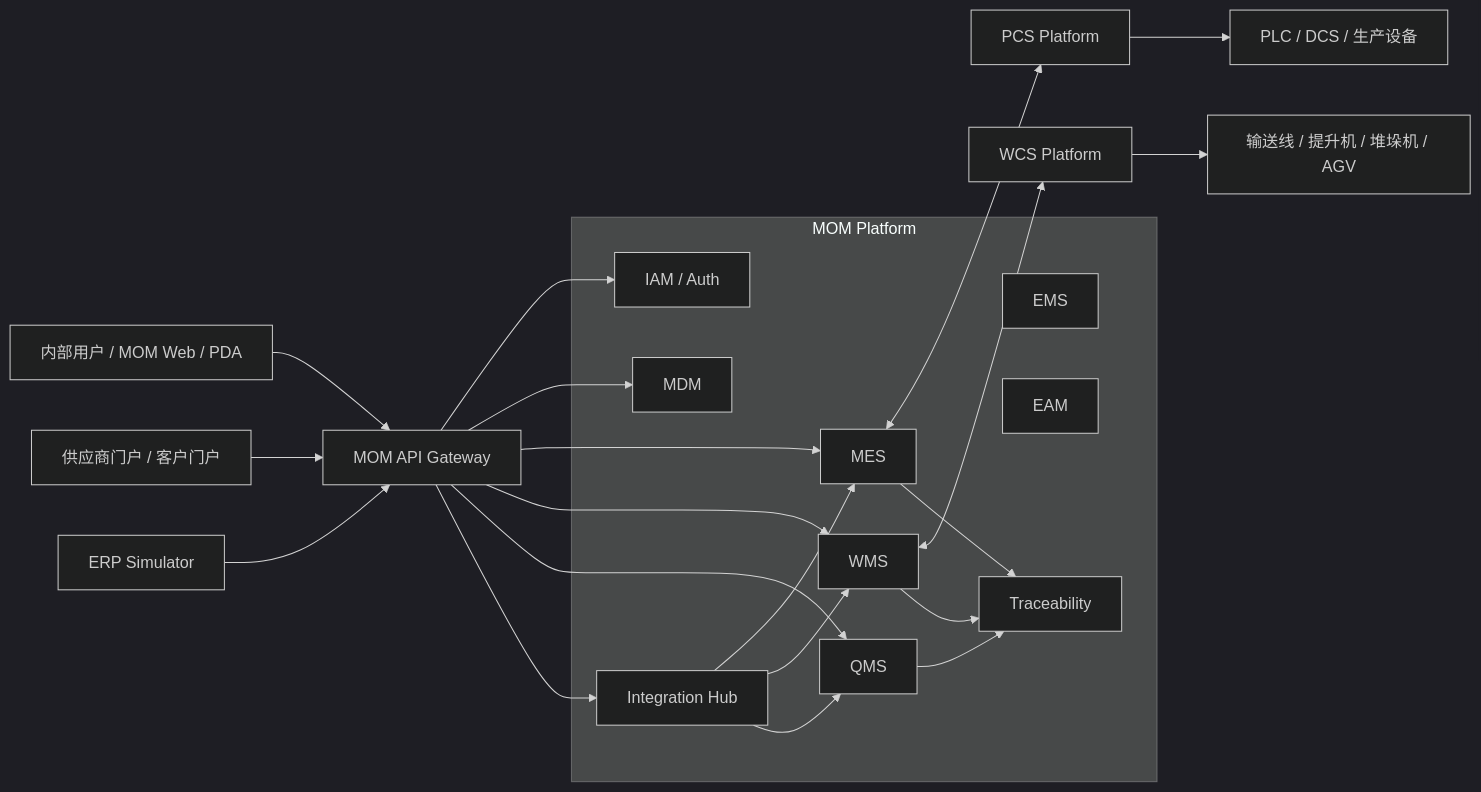
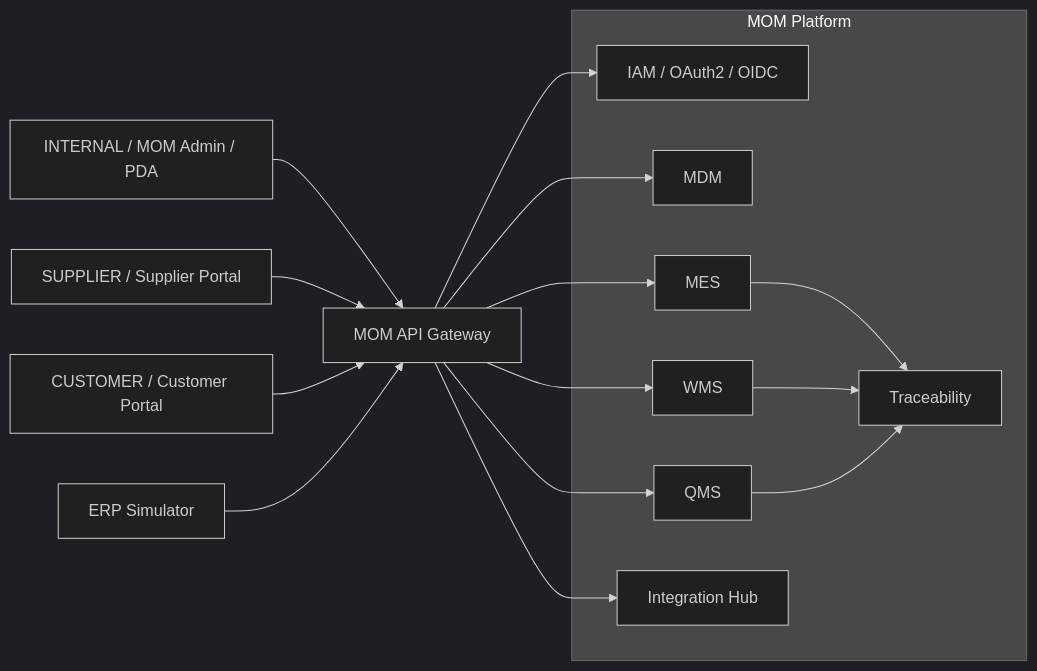
The diagram in README.md (Chris-co-shi/mom-platform), drawn with Mermaid (dark theme) before and after one commit. The commit also changed other lines of this file and 10 other files, not shown here.

````diff
--- a/README.md
+++ b/README.md
@@ -64,47 +64,33 @@
 ```mermaid
 flowchart LR
-    User[内部用户 / MOM Web / PDA]
-    Portal[供应商门户 / 客户门户]
+    Internal[INTERNAL / MOM Admin / PDA]
+    Supplier[SUPPLIER / Supplier Portal]
+    Customer[CUSTOMER / Customer Portal]
     ERP[ERP Simulator]
 
     Gateway[MOM API Gateway]
 
     subgraph MOM[MOM Platform]
-        IAM[IAM / Auth]
+        IAM[IAM / OAuth2 / OIDC]
         MDM[MDM]
         MES[MES]
         WMS[WMS]
         QMS[QMS]
-        EMS[EMS]
-        EAM[EAM]
         INT[Integration Hub]
         TRACE[Traceability]
     end
 
-    PCS[PCS Platform]
-    WCS[WCS Platform]
-    Device[PLC / DCS / 生产设备]
-    Warehouse[输送线 / 提升机 / 堆垛机 / AGV]
-
-    User --> Gateway
-    Portal --> Gateway
+    Internal --> Gateway
+    Supplier --> Gateway
+    Customer --> Gateway
     ERP --> Gateway
     Gateway --> IAM
     Gateway --> MDM
     Gateway --> MES
     Gateway --> WMS
     Gateway --> QMS
     Gateway --> INT
-
-    MES <--> PCS
-    WMS <--> WCS
-    PCS --> Device
-    WCS --> Warehouse
-
     MES --> TRACE
     WMS --> TRACE
     QMS --> TRACE
-    INT --> MES
-    INT --> WMS
-    INT --> QMS
 ```
````
